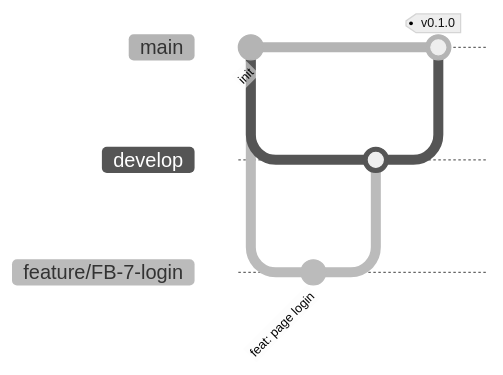
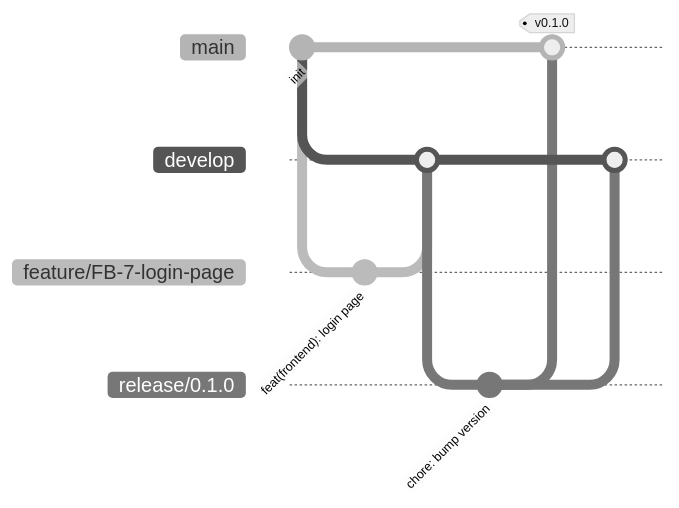
The first of 2 diagrams in README.md (AbadieThomasPro/Gestion-de-projet), drawn with Mermaid (neutral theme) before and after one commit. The commit also changed other lines of this file, not shown here.

````diff
--- a/README.md
+++ b/README.md
@@ -85,11 +100,16 @@
 ```mermaid
 gitGraph
     commit id: "init"
     branch develop
-    branch feature/FB-7-login
-    commit id: "feat: page login"
     checkout develop
-    merge feature/FB-7-login
+    branch feature/FB-7-login-page
+    commit id: "feat(frontend): login page"
+    checkout develop
+    merge feature/FB-7-login-page
+    branch release/0.1.0
+    commit id: "chore: bump version"
     checkout main
-    merge develop tag: "v0.1.0"
+    merge release/0.1.0 tag: "v0.1.0"
+    checkout develop
+    merge release/0.1.0
 ```
````
